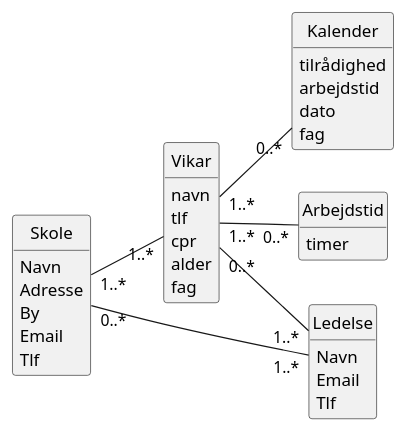
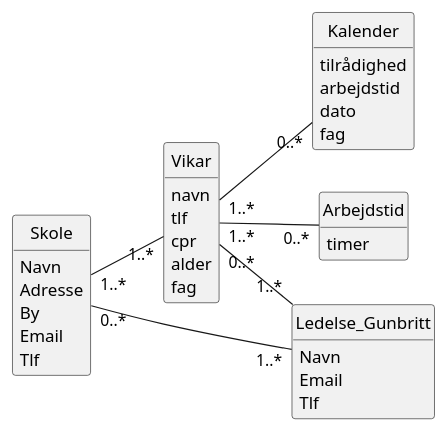
Before and after one commit to FilipMeldal/Team1A: the diagram in LærerVikaren/LaererVikarDomainModel.plantuml, drawn with PlantUML.

Commit message:
Update LaererVikarDomainModel.plantuml
Ændret navnet på Ledelse til Ledelse_Gunbritt

```diff
--- a/LærerVikaren/LaererVikarDomainModel.plantuml
+++ b/LærerVikaren/LaererVikarDomainModel.plantuml
@@ -1,56 +1,56 @@
 @startuml
 hide circle
 hide method
 left to right direction
 
 
 Vikar "1..*" -- "0..*" Kalender
 Skole "1..*" -- "1..*" Vikar
 Vikar "1..*" -- "0..*" Arbejdstid
-Vikar "0..*" -- "1..*" Ledelse
-Skole "0..*" -- "1..*" Ledelse
+Vikar "0..*" -- "1..*" Ledelse_Gunbritt
+Skole "0..*" -- "1..*" Ledelse_Gunbritt
 
 
 Class Vikar 
 {
     navn
     tlf
     cpr
     alder
     fag
 }
 
 
 Class Kalender 
 {
     tilrådighed
     arbejdstid
     dato
     fag
 }
 
 Class Arbejdstid
 {
     timer
 }
 
 
 Class Skole
 {
     Navn
     Adresse
     By
     Email
     Tlf
 }
-Class Ledelse
+Class Ledelse_Gunbritt
 {
     Navn
     Email
     Tlf
 }
 
 
 
 
 @enduml
```
